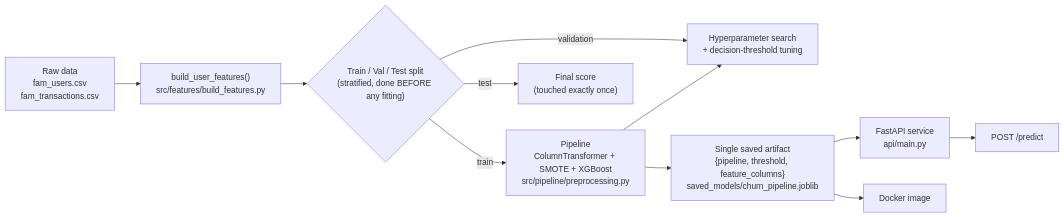
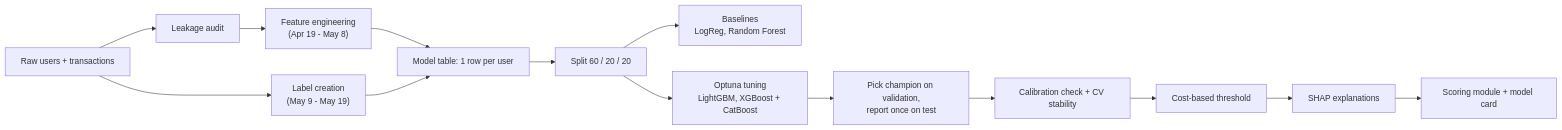
The diagram in README.md (NEC0S/User_Churn_Analysis_FamApp), drawn with Mermaid before and after one commit. The commit also changed other lines of this file, not shown here.

First line of the commit message:
Revise README for FAM App User Churn Prediction

````diff
--- a/README.md
+++ b/README.md
@@ -53,13 +122,16 @@
 ```mermaid
 flowchart LR
-    A["Raw data<br/>fam_users.csv<br/>fam_transactions.csv"] --> B["build_user_features()<br/>src/features/build_features.py"]
-    B --> C{"Train / Val / Test split<br/>(stratified, done BEFORE any fitting)"}
-    C -->|train| D["Pipeline<br/>ColumnTransformer + SMOTE + XGBoost<br/>src/pipeline/preprocessing.py"]
-    C -->|validation| E["Hyperparameter search<br/>+ decision-threshold tuning"]
-    C -->|test| F["Final score<br/>(touched exactly once)"]
+    A["Raw users + transactions"] --> B["Leakage audit"]
+    B --> C["Feature engineering<br/>(Apr 19 - May 8)"]
+    A --> D["Label creation<br/>(May 9 - May 19)"]
+    C --> E["Model table: 1 row per user"]
     D --> E
-    D --> G["Single saved artifact<br/>{pipeline, threshold, feature_columns}<br/>saved_models/churn_pipeline.joblib"]
-    G --> H["FastAPI service<br/>api/main.py"]
-    H --> I["POST /predict"]
-    G --> J["Docker image"]
+    E --> F["Split 60 / 20 / 20"]
+    F --> G["Baselines<br/>LogReg, Random Forest"]
+    F --> H["Optuna tuning<br/>LightGBM, XGBoost + CatBoost"]
+    H --> I["Pick champion on validation,<br/>report once on test"]
+    I --> J["Calibration check + CV stability"]
+    J --> K["Cost-based threshold"]
+    K --> L["SHAP explanations"]
+    L --> M["Scoring module + model card"]
 ```
````
